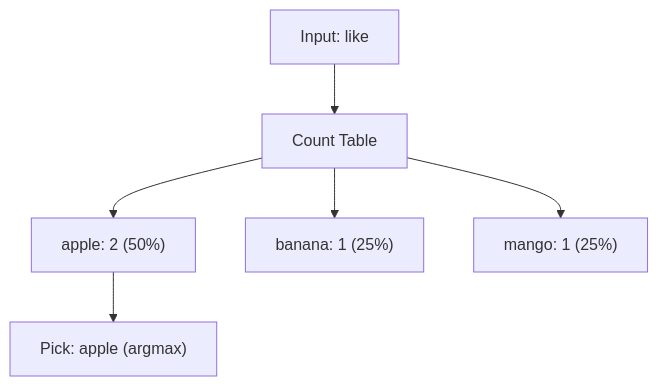
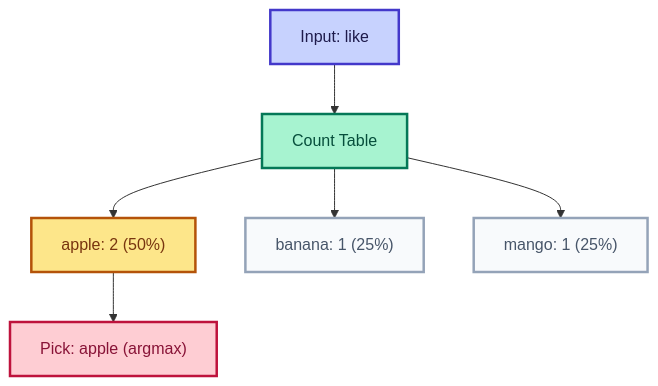
The diagram in content/docs/part-02-bigram/03-predict.mdx (bhNibir/build-own-llm), drawn with Mermaid before and after one commit. The commit also changed 22 other files, not shown here.

First line of the commit message:
Refactor Mermaid and diagram styles for improved readability and consistency

````diff
--- a/content/docs/part-02-bigram/03-predict.mdx
+++ b/content/docs/part-02-bigram/03-predict.mdx
@@ -25,8 +25,13 @@
 ```mermaid
 flowchart TD
-    input["Input: like"] --> table["Count Table"]
-    table --> apple["apple: 2 (50%)"]
-    table --> banana["banana: 1 (25%)"]
-    table --> mango["mango: 1 (25%)"]
-    apple --> pick["Pick: apple (argmax)"]
+    input["Input: like"]:::input --> table["Count Table"]:::process
+    table --> apple["apple: 2 (50%)"]:::output
+    table --> banana["banana: 1 (25%)"]:::dim
+    table --> mango["mango: 1 (25%)"]:::dim
+    apple --> pick["Pick: apple (argmax)"]:::highlight
+    classDef input fill:#C7D2FE,color:#1E1B4B,stroke:#4338CA,stroke-width:2.5px
+    classDef process fill:#A7F3D0,color:#064E3B,stroke:#047857,stroke-width:2.5px
+    classDef output fill:#FDE68A,color:#78350F,stroke:#B45309,stroke-width:2.5px
+    classDef dim fill:#F8FAFC,color:#475569,stroke:#94A3B8,stroke-width:2.5px
+    classDef highlight fill:#FECDD3,color:#881337,stroke:#BE123C,stroke-width:2.5px
 ```
````
